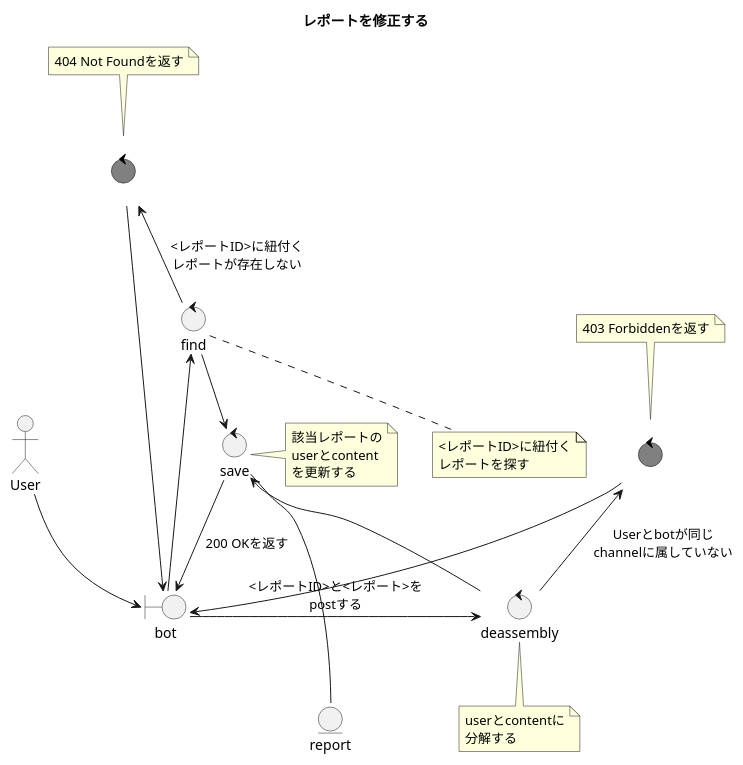
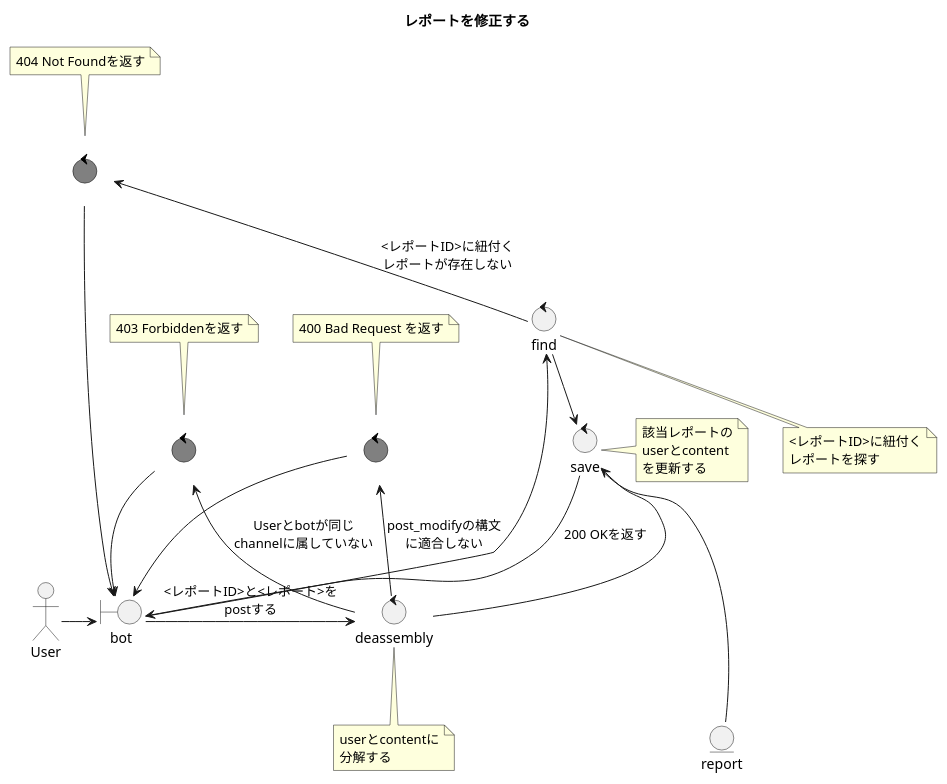
Before and after one commit to ito-masam/kpt-guard.doc: the diagram in 1.design/3.robustnesses/post-report-modify.md, drawn with PlantUML. The commit also changed 2 other files, not shown here.

Commit message:
ロバストネスの構文エラーを追加

```diff
--- a/1.design/3.robustnesses/post-report-modify.md
+++ b/1.design/3.robustnesses/post-report-modify.md
@@ -1,59 +1,66 @@
 @startuml
 
     ' ----------- meta
     title レポートを修正する
 
     skinparam {
       ControlFontColor<<error>> white
       ControlFontName<<error>> Verdana
       ControlBackgroundColor<<error>> gray
       ControlBorderColor<<error>> black
     }
 
     actor User
     boundary bot
     control deassembly
     note bottom of deassembly
         userとcontentに
         分解する
     end note
     control find
     note bottom of find
         <レポートID>に紐付く
         レポートを探す
     end note
     control save
     note right of save
         該当レポートの
         userとcontent
         を更新する
     end note
     entity report
 
 
     ' ----------- main
-    User --> bot
+    User -right-> bot
     bot -right--> deassembly : <レポートID>と<レポート>を\npostする
     bot -left--> find
     deassembly --> save
     find --> save
     save --- report
     save --> bot : 200 OKを返す
 
     ' ----------- alternative
+    control error400 <<error>>
+    note top of error400
+        400 Bad Request を返す
+    end note
+    deassembly -up-> error400 : post_modifyの構文\nに適合しない
+    error400 --> bot
+
     control error403 <<error>>
     note top of error403
         403 Forbiddenを返す
     end note
     deassembly -up->  error403 : Userとbotが同じ\nchannelに属していない
     error403 --> bot
 
     control error404 <<error>>
     note top of error404
         404 Not Foundを返す
     end note
     find -up-> error404 : <レポートID>に紐付く\nレポートが存在しない
     error404 --> bot
 
 
 @enduml
```
